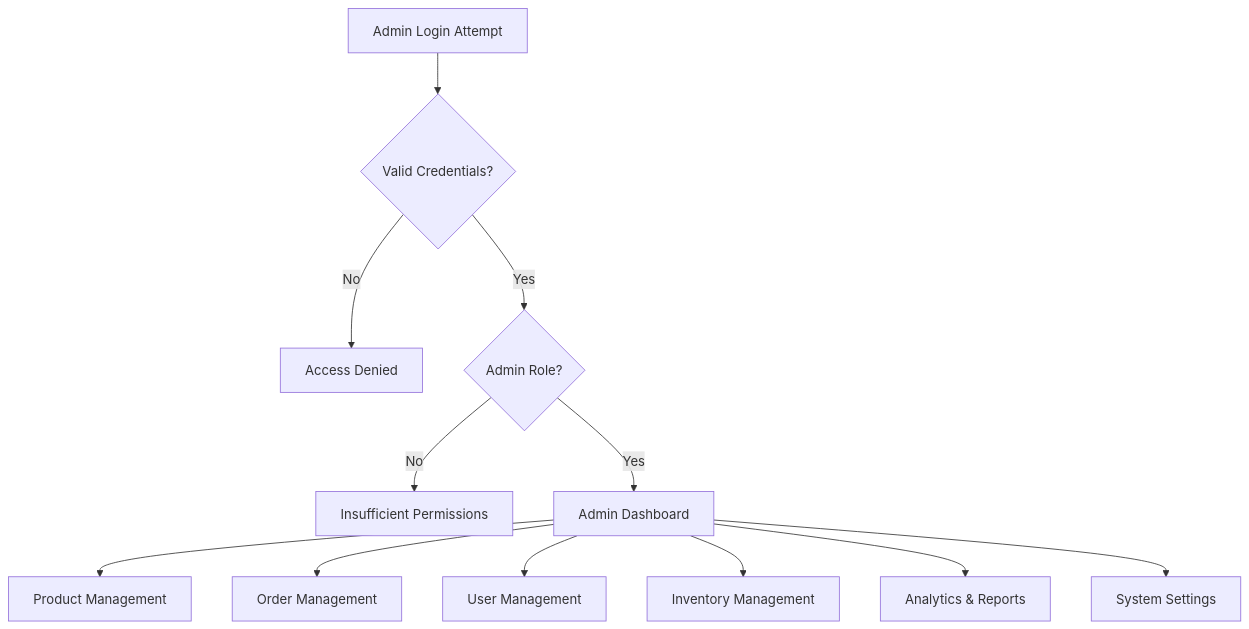
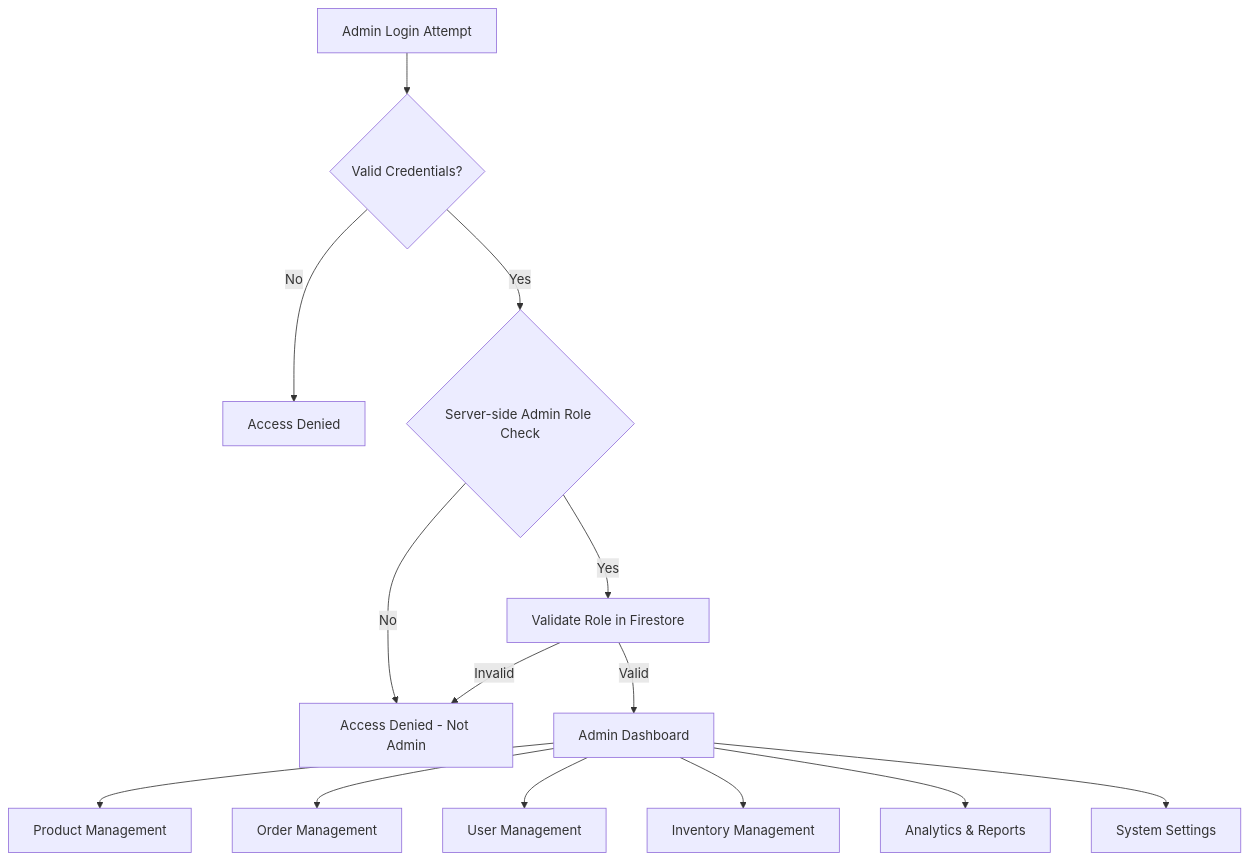
One commit to anathema43/diamo changed the first of 4 diagrams in ADMIN_FLOW_DIAGRAM.md. Above: the diagram before and after it, drawn with Mermaid. The commit also changed other lines of this file and 11 other files, not shown here.

````diff
--- a/ADMIN_FLOW_DIAGRAM.md
+++ b/ADMIN_FLOW_DIAGRAM.md
@@ -20,16 +28,19 @@
 ```mermaid
 flowchart TD
     AdminLogin[Admin Login Attempt] --> AuthCheck{Valid Credentials?}
     AuthCheck -->|No| LoginFailed[Access Denied]
-    AuthCheck -->|Yes| RoleCheck{Admin Role?}
+    AuthCheck -->|Yes| RoleCheck{Server-side Admin Role Check}
     
-    RoleCheck -->|No| AccessDenied[Insufficient Permissions]
-    RoleCheck -->|Yes| AdminDashboard[Admin Dashboard]
+    RoleCheck -->|No| AccessDenied[Access Denied - Not Admin]
+    RoleCheck -->|Yes| FirestoreValidation[Validate Role in Firestore]
+    
+    FirestoreValidation -->|Invalid| AccessDenied
+    FirestoreValidation -->|Valid| AdminDashboard[Admin Dashboard]
     
     AdminDashboard --> ProductMgmt[Product Management]
     AdminDashboard --> OrderMgmt[Order Management]
     AdminDashboard --> UserMgmt[User Management]
     AdminDashboard --> InventoryMgmt[Inventory Management]
     AdminDashboard --> Analytics[Analytics & Reports]
     AdminDashboard --> Settings[System Settings]
 ```
````
